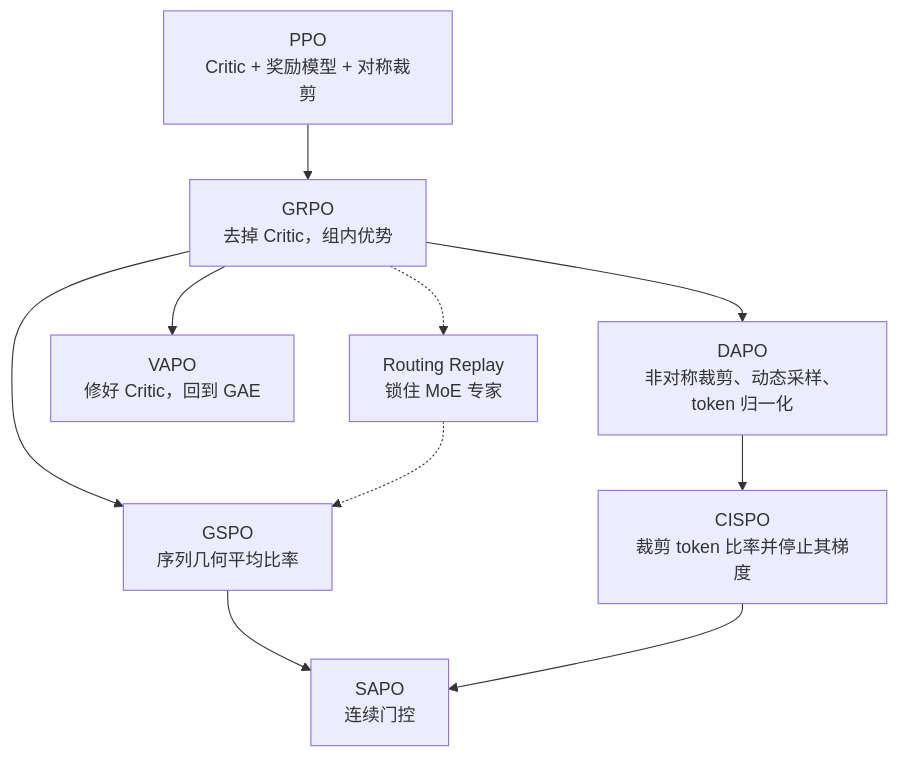
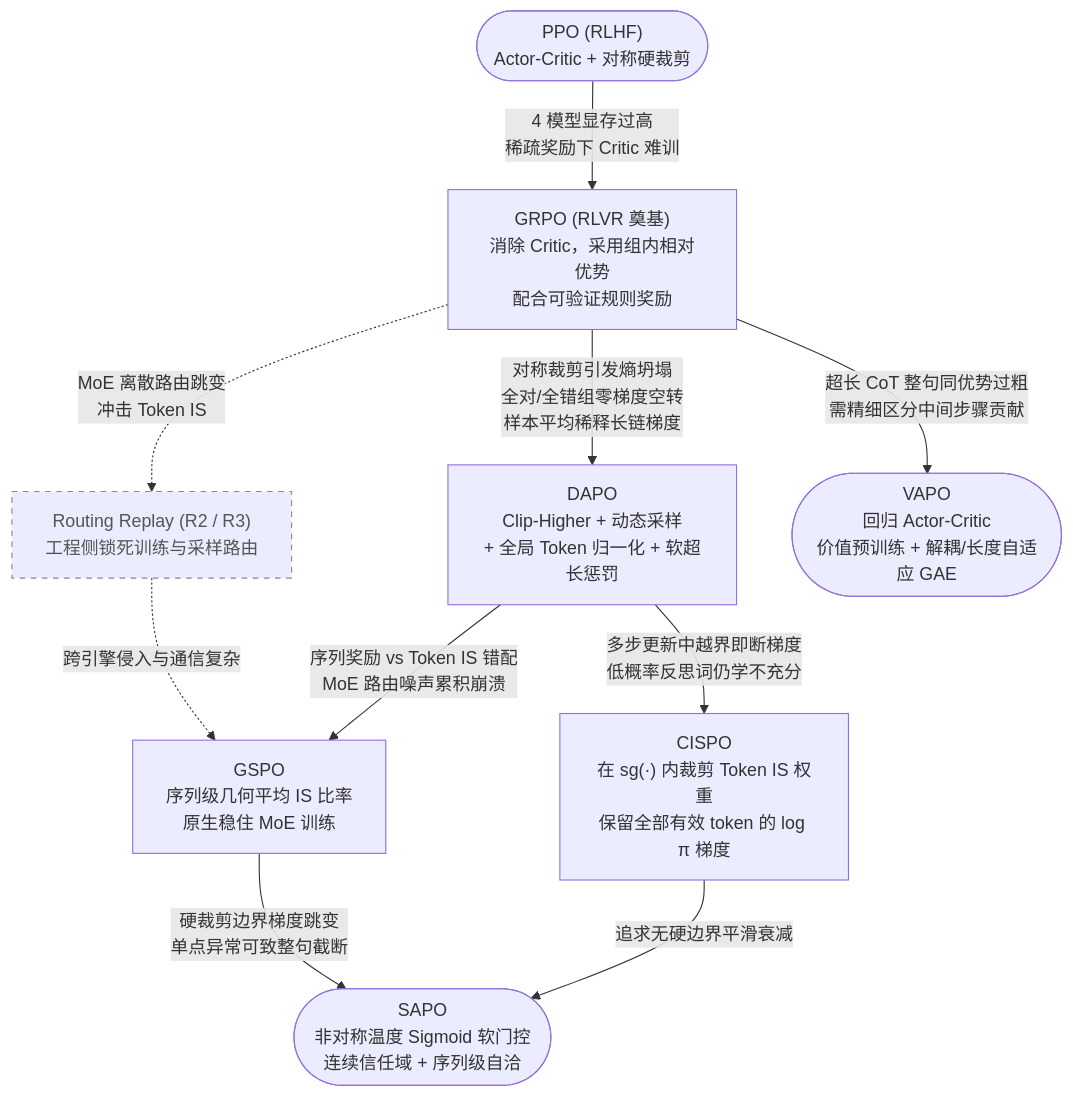
Before and after one commit to QJK-BUAA/llm-post-training: the diagram in docs/post-training/ch1/1.12-evolution.md, drawn with Mermaid. The commit also changed other lines of this file and 46 other files, not shown here.

````diff
--- a/docs/post-training/ch1/1.12-evolution.md
+++ b/docs/post-training/ch1/1.12-evolution.md
@@ -3,12 +13,21 @@
 ```mermaid
 flowchart TD
-    PPO["PPO<br/>Critic + 奖励模型 + 对称裁剪"] --> GRPO["GRPO<br/>去掉 Critic，组内优势"]
-    GRPO --> DAPO["DAPO<br/>非对称裁剪、动态采样、token 归一化"]
-    DAPO --> CISPO["CISPO<br/>裁剪 token 比率并停止其梯度"]
-    GRPO --> GSPO["GSPO<br/>序列几何平均比率"]
-    GSPO --> SAPO["SAPO<br/>连续门控"]
-    CISPO --> SAPO
-    GRPO --> VAPO["VAPO<br/>修好 Critic，回到 GAE"]
-    GRPO -.-> RR["Routing Replay<br/>锁住 MoE 专家"]
-    RR -.-> GSPO
+    PPO(["PPO (RLHF)<br/>Actor-Critic + 对称硬裁剪"]) -->|"4 模型显存过高<br/>稀疏奖励下 Critic 难训"| GRPO["GRPO (RLVR 奠基)<br/>消除 Critic，采用组内相对优势<br/>配合可验证规则奖励"]
+
+    GRPO -->|"对称裁剪引发熵坍塌<br/>全对/全错组零梯度空转<br/>样本平均稀释长链梯度"| DAPO["DAPO<br/>Clip-Higher + 动态采样<br/>+ 全局 Token 归一化 + 软超长惩罚"]
+
+    DAPO -->|"多步更新中越界即断梯度<br/>低概率反思词仍学不充分"| CISPO["CISPO<br/>在 sg(·) 内裁剪 Token IS 权重<br/>保留全部有效 token 的 log π 梯度"]
+
+    GRPO -.->|"MoE 离散路由跳变<br/>冲击 Token IS"| RR["Routing Replay (R2 / R3)<br/>工程侧锁死训练与采样路由"]
+    RR -.->|"跨引擎侵入与通信复杂"| GSPO
+
+    DAPO -->|"序列奖励 vs Token IS 错配<br/>MoE 路由噪声累积崩溃"| GSPO["GSPO<br/>序列级几何平均 IS 比率<br/>原生稳住 MoE 训练"]
+
+    GSPO -->|"硬裁剪边界梯度跳变<br/>单点异常可致整句截断"| SAPO(["SAPO<br/>非对称温度 Sigmoid 软门控<br/>连续信任域 + 序列级自洽"])
+    CISPO -->|"追求无硬边界平滑衰减"| SAPO
+
+    GRPO -->|"超长 CoT 整句同优势过粗<br/>需精细区分中间步骤贡献"| VAPO(["VAPO<br/>回归 Actor-Critic<br/>价值预训练 + 解耦/长度自适应 GAE"])
+
+    classDef hack stroke-dasharray: 5 5,stroke:#888,color:#555
+    class RR hack
 ```
````
